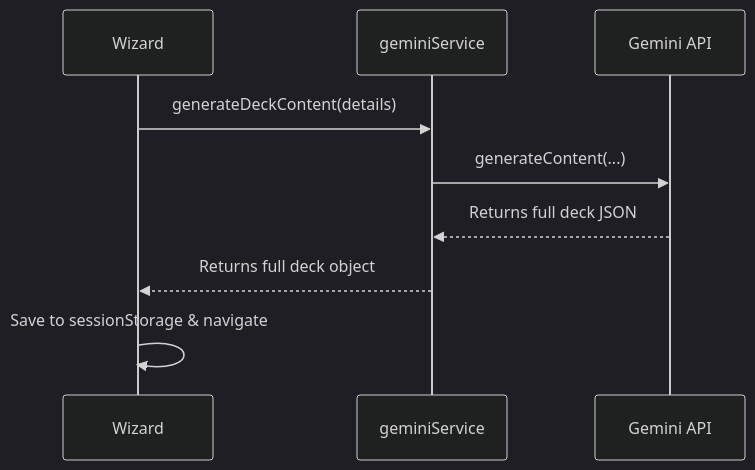
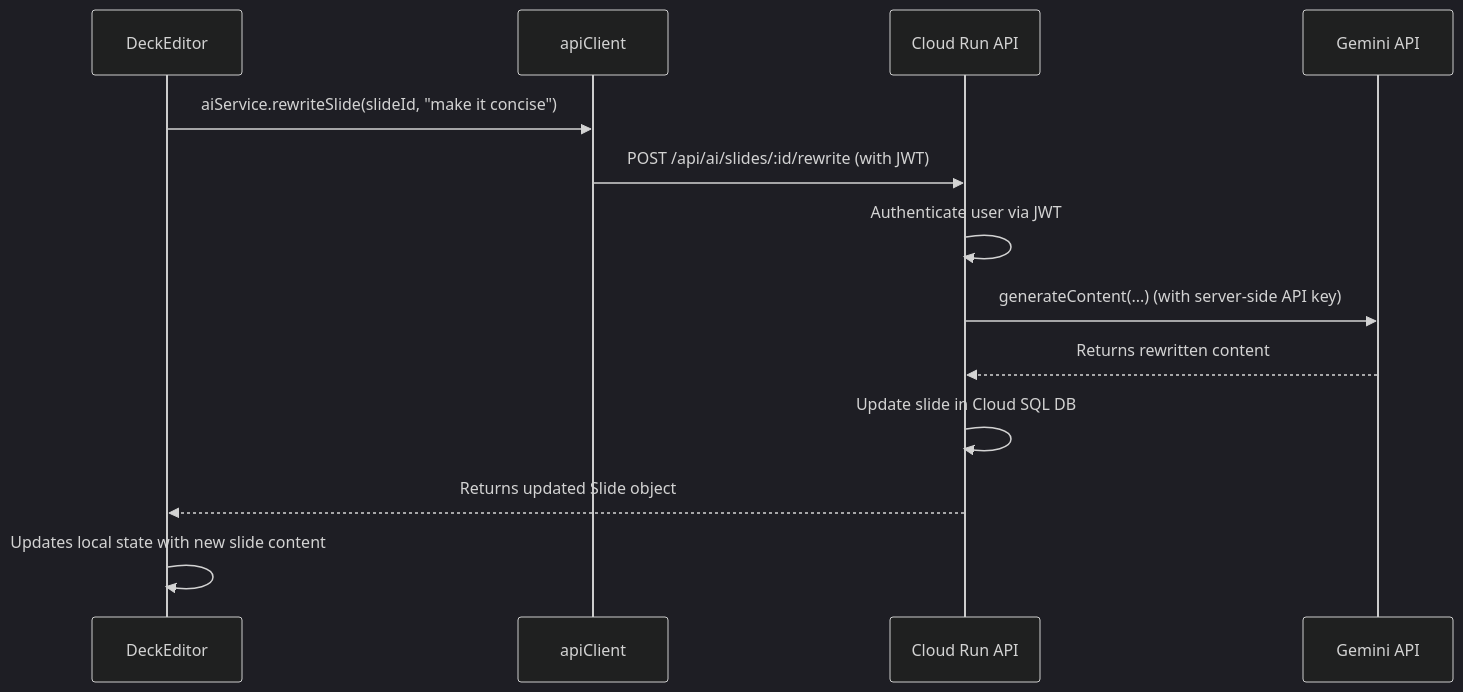
The diagram in docs/39-supabase-frontend-plan.md (amo-tech-ai/sun100), drawn with Mermaid (dark theme) before and after one commit. The commit also changed other lines of this file and 65 other files, not shown here.

````diff
--- a/docs/39-supabase-frontend-plan.md
+++ b/docs/39-supabase-frontend-plan.md
@@ -100,12 +86,16 @@
 ```mermaid
 sequenceDiagram
-    participant Client as Wizard
-    participant Service as geminiService
+    participant Client as DeckEditor
+    participant API as apiClient
+    participant Backend as Cloud Run API
     participant Gemini as Gemini API
 
-    Client->>Service: generateDeckContent(details)
-    Service->>Gemini: generateContent(...)
-    Gemini-->>Service: Returns full deck JSON
-    Service-->>Client: Returns full deck object
-    Client->>Client: Save to sessionStorage & navigate
+    Client->>API: aiService.rewriteSlide(slideId, "make it concise")
+    API->>Backend: POST /api/ai/slides/:id/rewrite (with JWT)
+    Backend->>Backend: Authenticate user via JWT
+    Backend->>Gemini: generateContent(...) (with server-side API key)
+    Gemini-->>Backend: Returns rewritten content
+    Backend->>Backend: Update slide in Cloud SQL DB
+    Backend-->>Client: Returns updated Slide object
+    Client->>Client: Updates local state with new slide content
 ```
````
